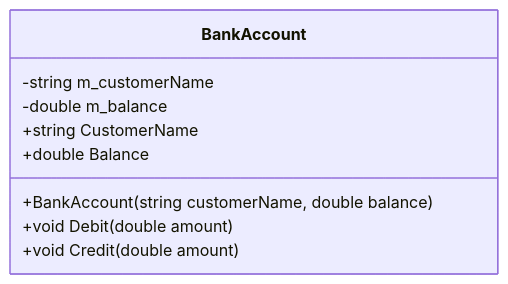
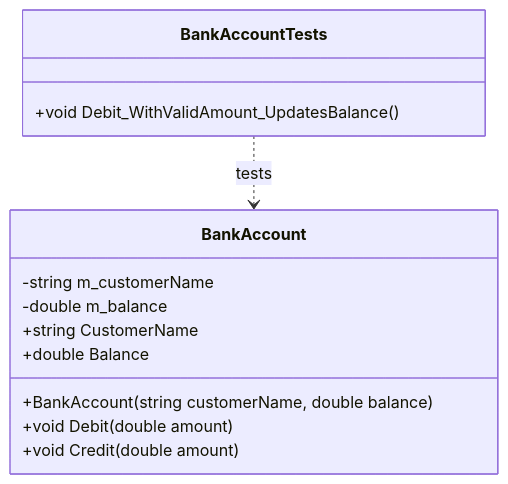
Before and after one commit to UPT-FAING-EPIS/lab-2025-ii-si784-u1-03-csharp-renzoloyola: the diagram in disenio.md, drawn with Mermaid. The commit also changed other lines of this file and 21 other files, not shown here.

````diff
--- a/disenio.md
+++ b/disenio.md
@@ -5,12 +3,18 @@
 ```mermaid
 classDiagram
     class BankAccount {
         -string m_customerName
         -double m_balance
         +BankAccount(string customerName, double balance)
         +string CustomerName
         +double Balance
         +void Debit(double amount)
         +void Credit(double amount)
     }
+    
+    class BankAccountTests {
+        +void Debit_WithValidAmount_UpdatesBalance()
+    }
+    
+    BankAccountTests ..> BankAccount : tests
 ```
````
